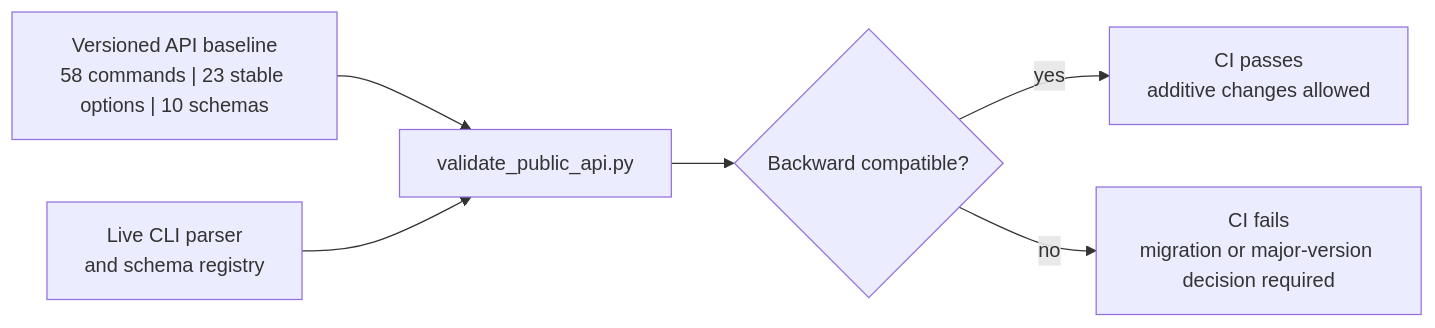
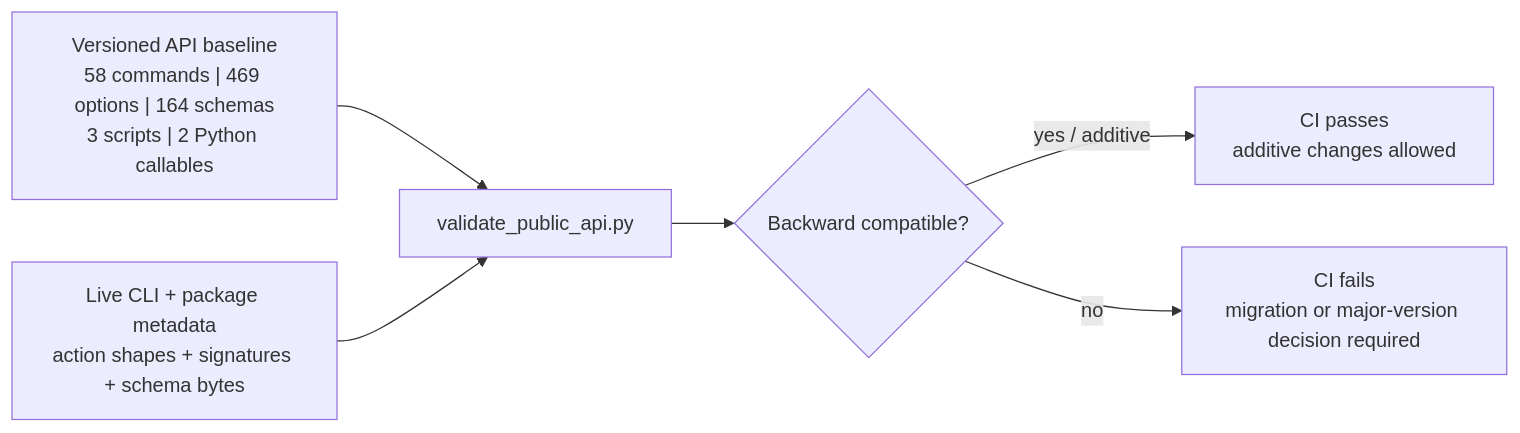
The diagram in docs/api-compatibility.md (willtran87/project-py-security-suite), drawn with Mermaid before and after one commit. The commit also changed other lines of this file and 84 other files, not shown here.

````diff
--- a/docs/api-compatibility.md
+++ b/docs/api-compatibility.md
@@ -20,14 +31,14 @@
 ```mermaid
 flowchart LR
-    Baseline["Versioned API baseline<br/>58 commands | 23 stable options | 10 schemas"]
-    Runtime["Live CLI parser<br/>and schema registry"]
+    Baseline["Versioned API baseline<br/>58 commands | 469 options | 164 schemas<br/>3 scripts | 2 Python callables"]
+    Runtime["Live CLI + package metadata<br/>action shapes + signatures + schema bytes"]
     Check["validate_public_api.py"]
     Compatible{"Backward compatible?"}
     Pass["CI passes<br/>additive changes allowed"]
     Fail["CI fails<br/>migration or major-version decision required"]
     Baseline --> Check
     Runtime --> Check
     Check --> Compatible
-    Compatible -->|yes| Pass
+    Compatible -->|yes / additive| Pass
     Compatible -->|no| Fail
 ```
````
